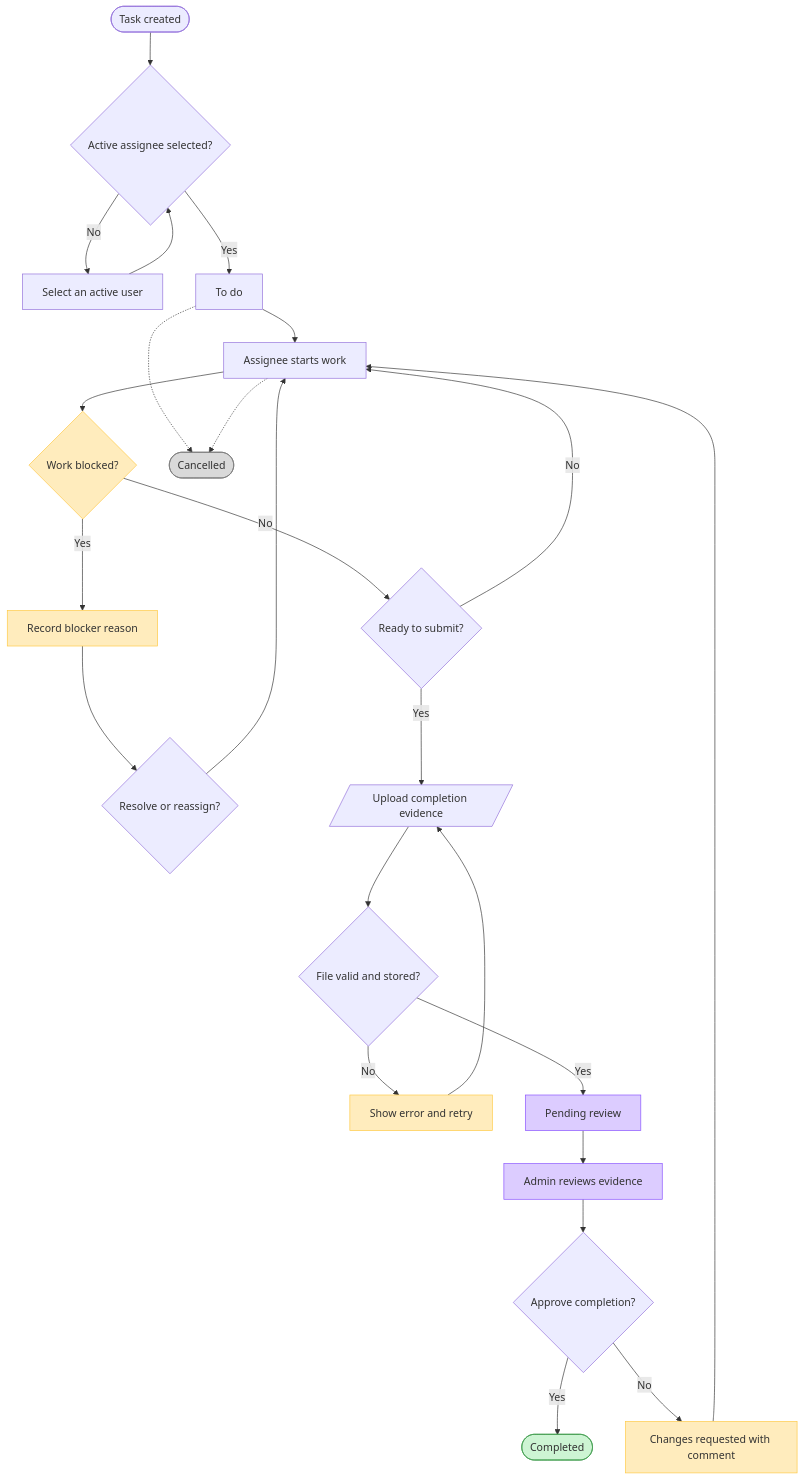
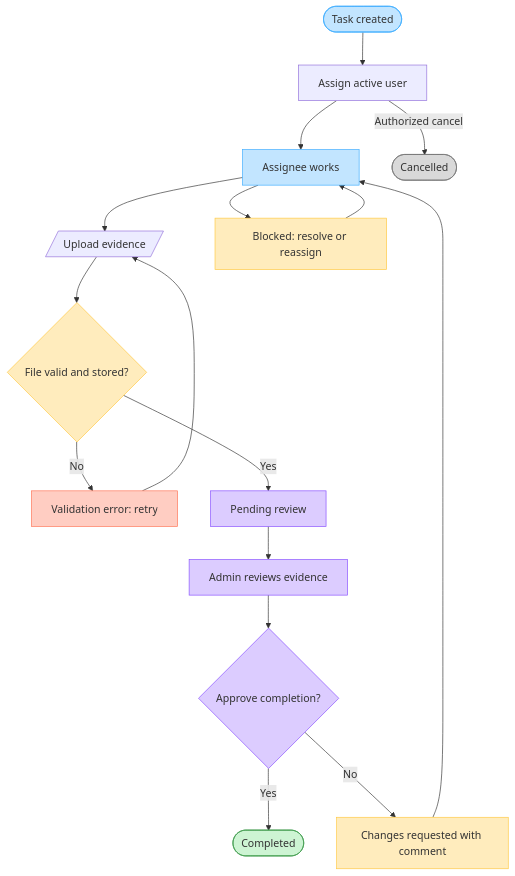
Before and after one commit to SU4CATE/internal_task_portal_nexus_aml: the diagram in Task_2.md, drawn with Mermaid. The commit also changed other lines of this file and 2 other files, not shown here.

Commit message:
docs: refine Task 2 document structure

````diff
--- a/Task_2.md
+++ b/Task_2.md
@@ -33,35 +43,31 @@
 ```mermaid
 flowchart TD
-    create([Task created]) --> assign{"Active assignee selected?"}
-    assign -->|"No"| choose[Select an active user]
-    choose --> assign
-    assign -->|"Yes"| todo[To do]
-    todo --> work[Assignee starts work]
-    work --> blocked{"Work blocked?"}
-    blocked -->|"Yes"| record[Record blocker reason]
-    record --> resolve{"Resolve or reassign?"}
-    resolve --> work
-    blocked -->|"No"| ready{"Ready to submit?"}
-    ready -->|"No"| work
-    ready -->|"Yes"| upload[/Upload completion evidence/]
+    create([Task created]) --> assign[Assign active user]
+    assign --> work[Assignee works]
+    work --> upload[/Upload evidence/]
     upload --> valid{"File valid and stored?"}
-    valid -->|"No"| retry[Show error and retry]
+    valid -->|"No"| retry[Validation error: retry]
     retry --> upload
     valid -->|"Yes"| pending[Pending review]
     pending --> review[Admin reviews evidence]
     review --> approve{"Approve completion?"}
     approve -->|"Yes"| complete([Completed])
     approve -->|"No"| changes[Changes requested with comment]
     changes --> work
-    todo -.-> cancel([Cancelled])
-    work -.-> cancel
+    work --> blocked[Blocked: resolve or reassign]
+    blocked --> work
+    assign -->|"Authorized cancel"| cancel([Cancelled])
 
     classDef success fill:#CDF4D3,stroke:#3E9B4B
+    classDef active fill:#C2E5FF,stroke:#3DADFF
     classDef review fill:#DCCCFF,stroke:#874FFF
     classDef warning fill:#FFECBD,stroke:#FFC943
+    classDef error fill:#FFCDC2,stroke:#FF7556
     classDef terminal fill:#D9D9D9,stroke:#767676
+    class create,work active
     class complete success
-    class pending,review review
-    class blocked,record,changes,retry warning
+    class pending,review,approve review
+    class valid,blocked,changes warning
+    class retry error
     class cancel terminal
 ```
````
